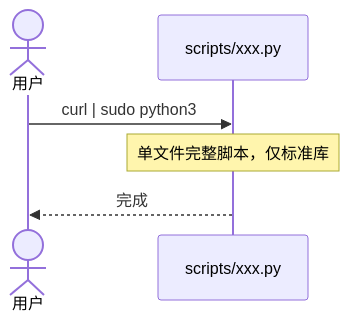
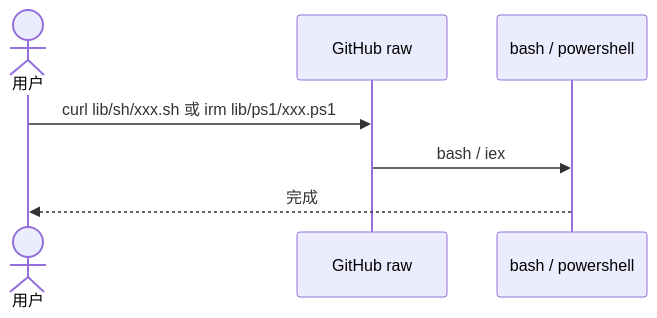
The third of 5 diagrams in README.md (kevin197011/krun), drawn with Mermaid before and after one commit. The commit also changed other lines of this file and 107 other files, not shown here.

````diff
--- a/README.md
+++ b/README.md
@@ -86,9 +80,10 @@
 ```mermaid
 sequenceDiagram
     actor U as 用户
-    participant S as scripts/xxx.py
+    participant R as GitHub raw
+    participant I as bash / powershell
 
-    U->>S: curl | sudo python3
-    Note over S: 单文件完整脚本，仅标准库
-    S-->>U: 完成
+    U->>R: curl lib/sh/xxx.sh 或 irm lib/ps1/xxx.ps1
+    R->>I: bash / iex
+    I-->>U: 完成
 ```
````
